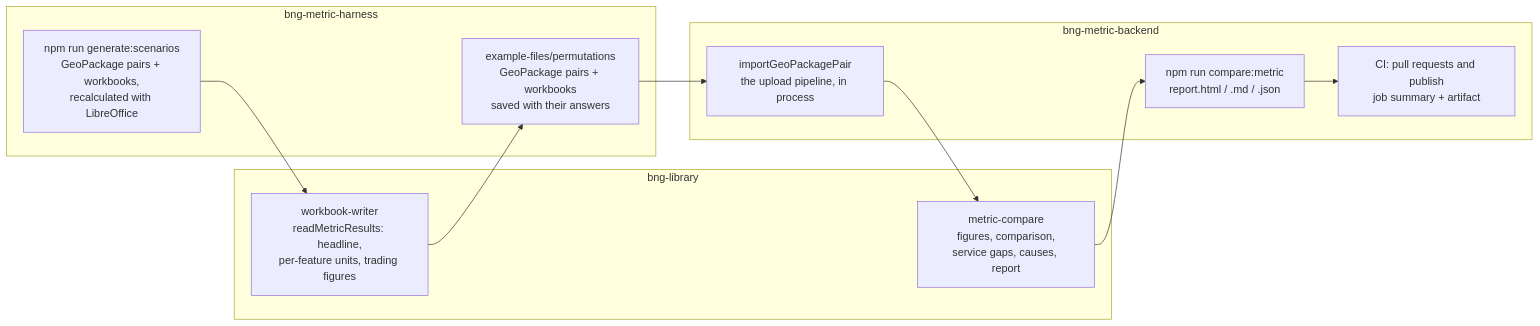
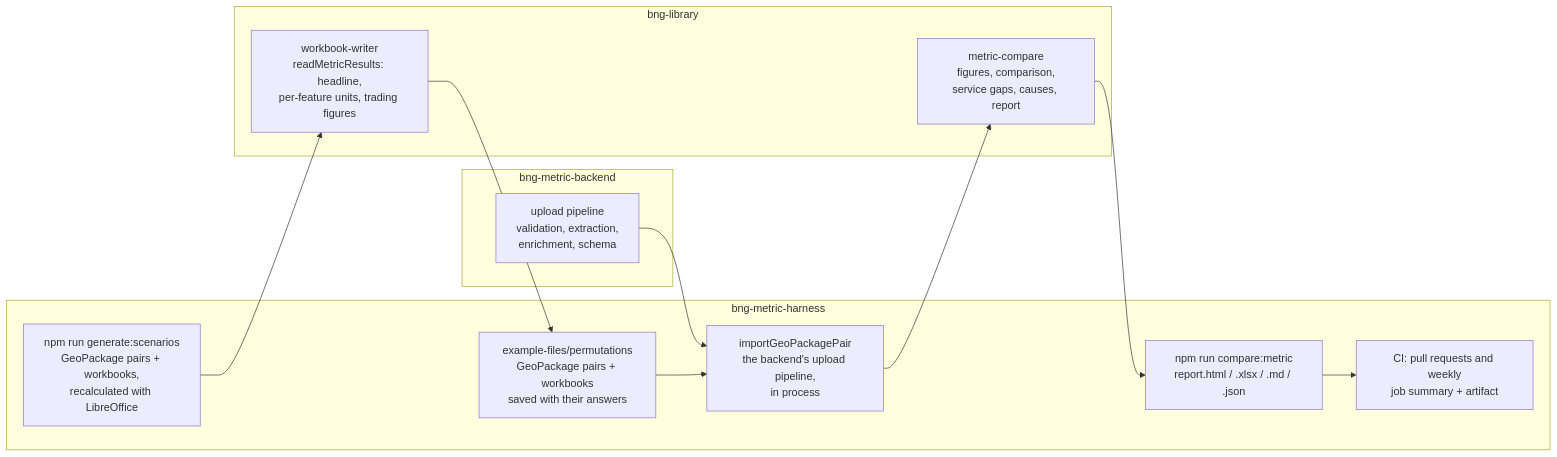
Before and after one commit to DEFRA/bng-metric-harness: the diagram in docs/compare-metric.md, drawn with Mermaid. The commit also changed other lines of this file and 12 other files, not shown here.

First line of the commit message:
BMD-1036 Move the metric comparison here from the backend

````diff
--- a/docs/compare-metric.md
+++ b/docs/compare-metric.md
@@ -62,20 +64,22 @@
 ```mermaid
 flowchart LR
   subgraph harness[bng-metric-harness]
     gen["npm run generate:scenarios<br>GeoPackage pairs + workbooks,<br>recalculated with LibreOffice"]
     corpus["example-files/permutations<br>GeoPackage pairs + workbooks<br>saved with their answers"]
+    import["importGeoPackagePair<br>the backend's upload pipeline,<br>in process"]
+    cli["npm run compare:metric<br>report.html / .xlsx / .md / .json"]
+    ci["CI: pull requests and weekly<br>job summary + artifact"]
   end
   subgraph library[bng-library]
     reader["workbook-writer<br>readMetricResults: headline,<br>per-feature units, trading figures"]
     compare["metric-compare<br>figures, comparison,<br>service gaps, causes, report"]
   end
   subgraph backend[bng-metric-backend]
-    import["importGeoPackagePair<br>the upload pipeline, in process"]
-    ci["CI: pull requests and publish<br>job summary + artifact"]
-    cli["npm run compare:metric<br>report.html / .md / .json"]
+    pipeline["upload pipeline<br>validation, extraction,<br>enrichment, schema"]
   end
   gen --> reader
   reader --> corpus
+  pipeline --> import
   corpus --> import --> compare
   compare --> cli --> ci
 ```
````
